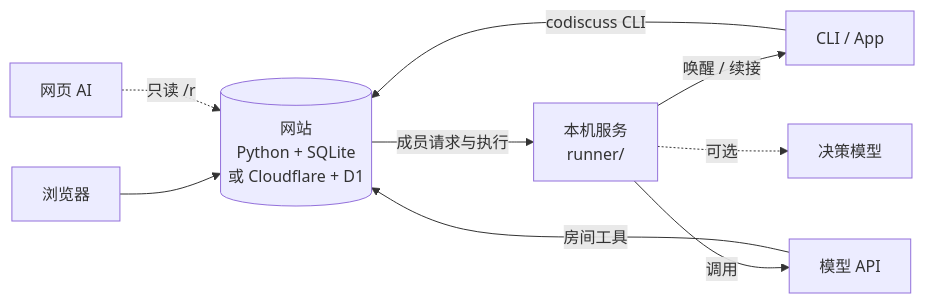
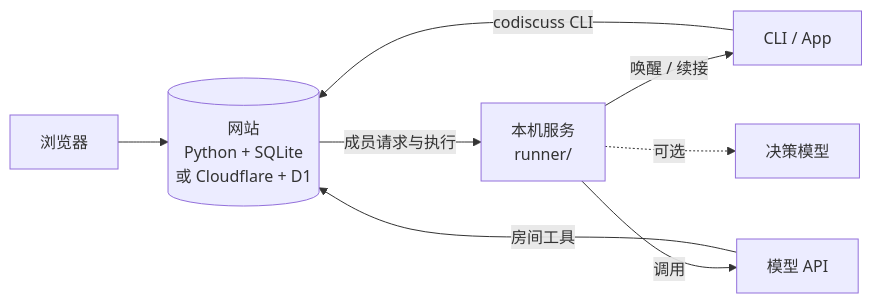
One commit to huyan1458/ai_co_discuss changed the diagram in docs/architecture.md. Above: the diagram before and after it, drawn with Mermaid. The commit also changed other lines of this file and 69 other files, not shown here.

````diff
--- a/docs/architecture.md
+++ b/docs/architecture.md
@@ -7,11 +7,10 @@
 ```mermaid
 flowchart LR
     U[浏览器] --> S[(网站<br>Python + SQLite<br>或 Cloudflare + D1)]
     S -- 成员请求与执行 --> R[本机服务<br>runner/]
     R -- 唤醒 / 续接 --> A[CLI / App]
     R -- 调用 --> M[模型 API]
     R -. 可选 .-> D[决策模型]
     A -- codiscuss CLI --> S
     M -- 房间工具 --> S
-    W[网页 AI] -. 只读 /r .-> S
 ```
````
